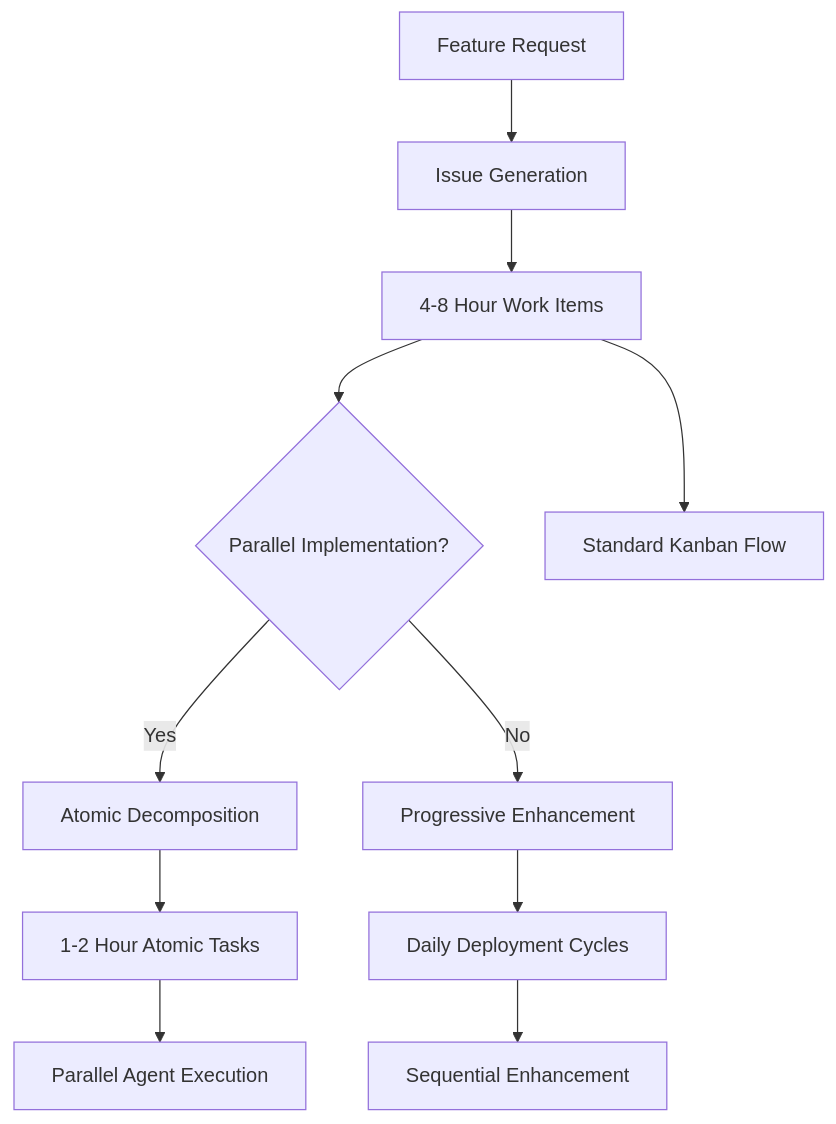
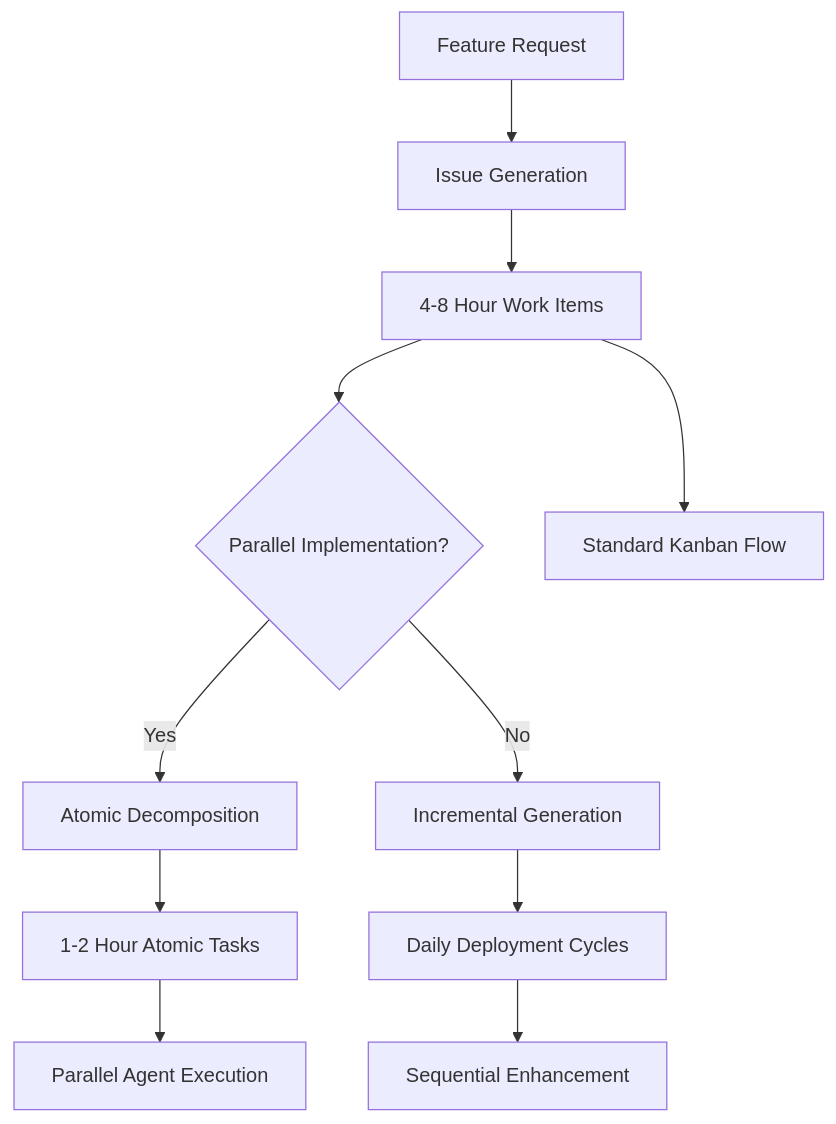
The third of 17 diagrams in README.md (PaulDuvall/ai-development-patterns), drawn with Mermaid before and after one commit. The commit also changed other lines of this file and 46 other files, not shown here.

````diff
--- a/README.md
+++ b/README.md
@@ -288,14 +288,14 @@
 ```mermaid
 graph TD
     A[Feature Request] --> B[Issue Generation]
     B --> C[4-8 Hour Work Items]
     C --> D{Parallel Implementation?}
     D -->|Yes| E[Atomic Decomposition]
-    D -->|No| F[Progressive Enhancement]
+    D -->|No| F[Incremental Generation]
     E --> G[1-2 Hour Atomic Tasks]
     F --> H[Daily Deployment Cycles]
 
     G --> I[Parallel Agent Execution]
     H --> J[Sequential Enhancement]
     C --> K[Standard Kanban Flow]
 ```
````
